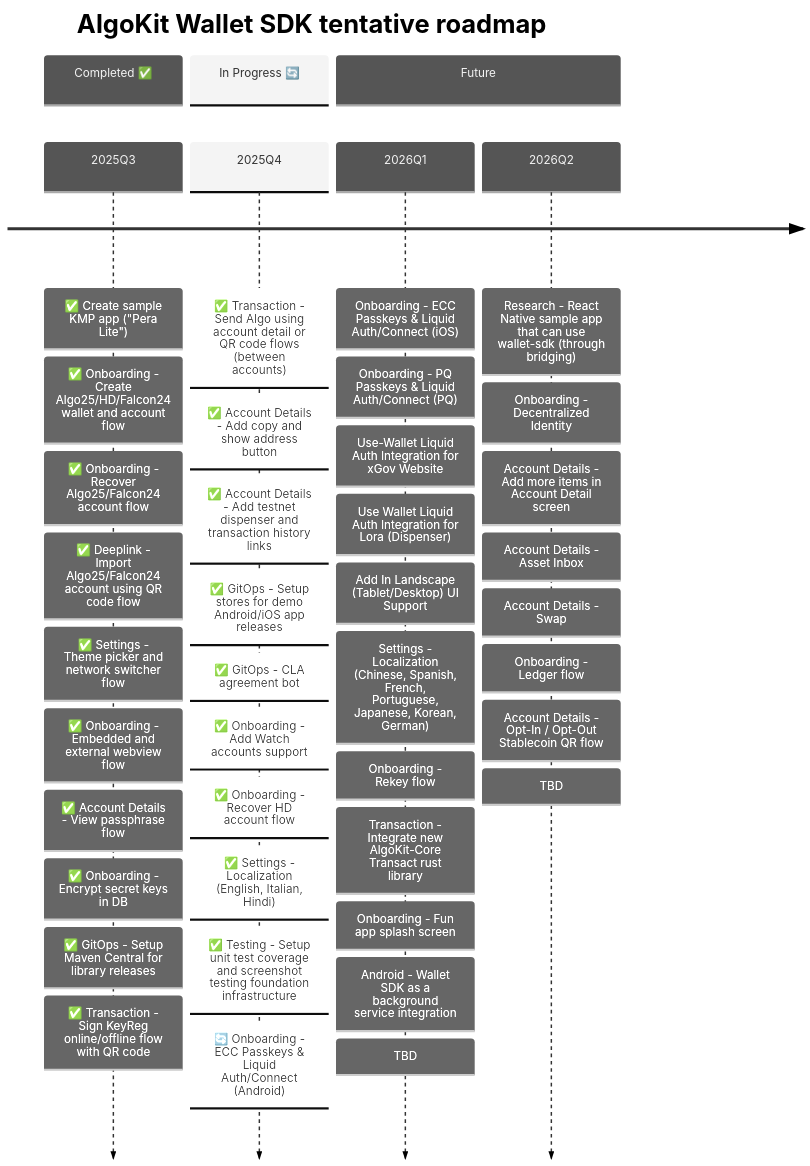
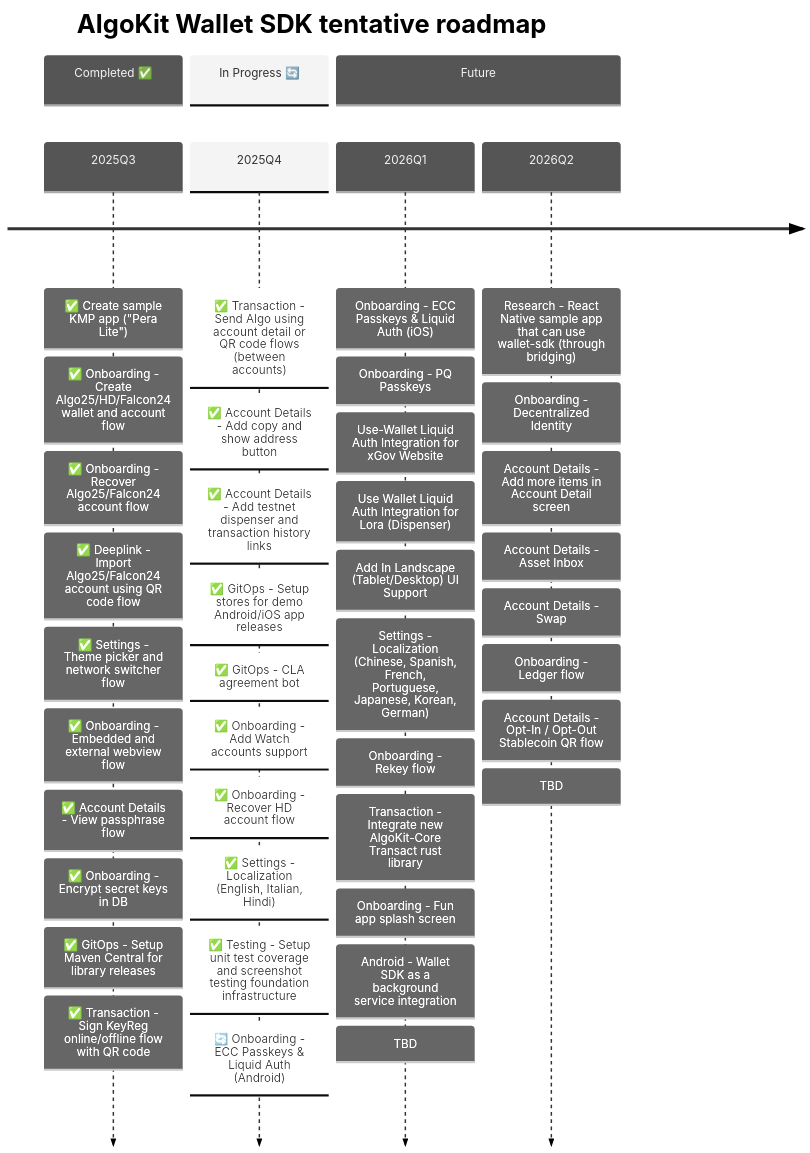
Before and after one commit to michaeltchuangllc/algokit-walletsdk-kmp: the second of 3 diagrams in README.md, drawn with Mermaid. The commit also changed 5 other files, not shown here.

````diff
--- a/README.md
+++ b/README.md
@@ -67,54 +67,54 @@
 ```mermaid
 ---
 config:
   theme: 'neutral'
 ---
 timeline
     title AlgoKit Wallet SDK tentative roadmap
 
     section Completed ✅
     2025Q3  : ✅ Create sample KMP app ("Pera Lite")
             : ✅ Onboarding - Create Algo25/HD/Falcon24 wallet and account flow
             : ✅ Onboarding - Recover Algo25/Falcon24 account flow
             : ✅ Deeplink - Import Algo25/Falcon24 account using QR code flow
             : ✅ Settings - Theme picker and network switcher flow
             : ✅ Onboarding - Embedded and external webview flow
             : ✅ Account Details - View passphrase flow
             : ✅ Onboarding - Encrypt secret keys in DB
             : ✅ GitOps - Setup Maven Central for library releases
             : ✅ Transaction - Sign KeyReg online/offline flow with QR code
 
     section In Progress 🔄
     2025Q4  : ✅ Transaction - Send Algo using account detail or QR code flows (between accounts)
             : ✅ Account Details - Add copy and show address button
             : ✅ Account Details - Add testnet dispenser and transaction history links
             : ✅ GitOps - Setup stores for demo Android/iOS app releases
             : ✅ GitOps - CLA agreement bot
             : ✅ Onboarding - Add Watch accounts support
             : ✅ Onboarding - Recover HD account flow
             : ✅ Settings - Localization (English, Italian, Hindi)
             : ✅ Testing - Setup unit test coverage and screenshot testing foundation infrastructure
-            : 🔄 Onboarding - ECC Passkeys & Liquid Auth/Connect (Android)
+            : 🔄 Onboarding - ECC Passkeys & Liquid Auth (Android)
 
     section Future
-    2026Q1  : Onboarding - ECC Passkeys & Liquid Auth/Connect (iOS)
-            : Onboarding - PQ Passkeys & Liquid Auth/Connect (PQ)
+    2026Q1  : Onboarding - ECC Passkeys & Liquid Auth (iOS)
+            : Onboarding - PQ Passkeys
             : Use-Wallet Liquid Auth Integration for xGov Website
             : Use Wallet Liquid Auth Integration for Lora (Dispenser)
             : Add In Landscape (Tablet/Desktop) UI Support
             : Settings - Localization (Chinese, Spanish, French, Portuguese, Japanese, Korean, German)
             : Onboarding - Rekey flow
             : Transaction - Integrate new AlgoKit-Core Transact rust library
             : Onboarding - Fun app splash screen
             : Android - Wallet SDK as a background service integration
             : TBD
     2026Q2   
             : Research - React Native sample app that can use wallet-sdk (through bridging)
             : Onboarding - Decentralized Identity
             : Account Details - Add more items in Account Detail screen
             : Account Details - Asset Inbox
             : Account Details - Swap
             : Onboarding - Ledger flow
             : Account Details - Opt-In / Opt-Out Stablecoin QR flow
             : TBD
 ```
````
